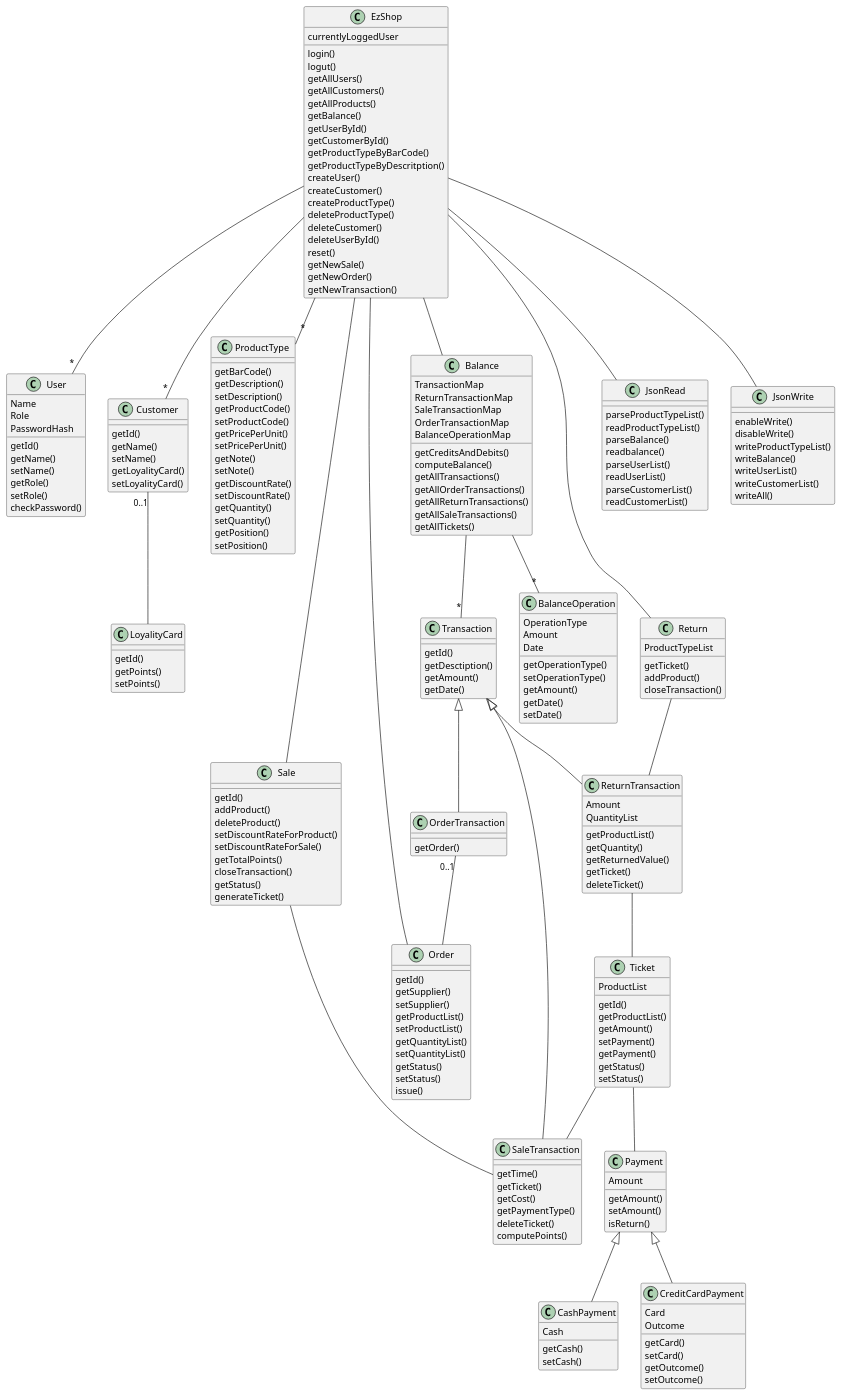
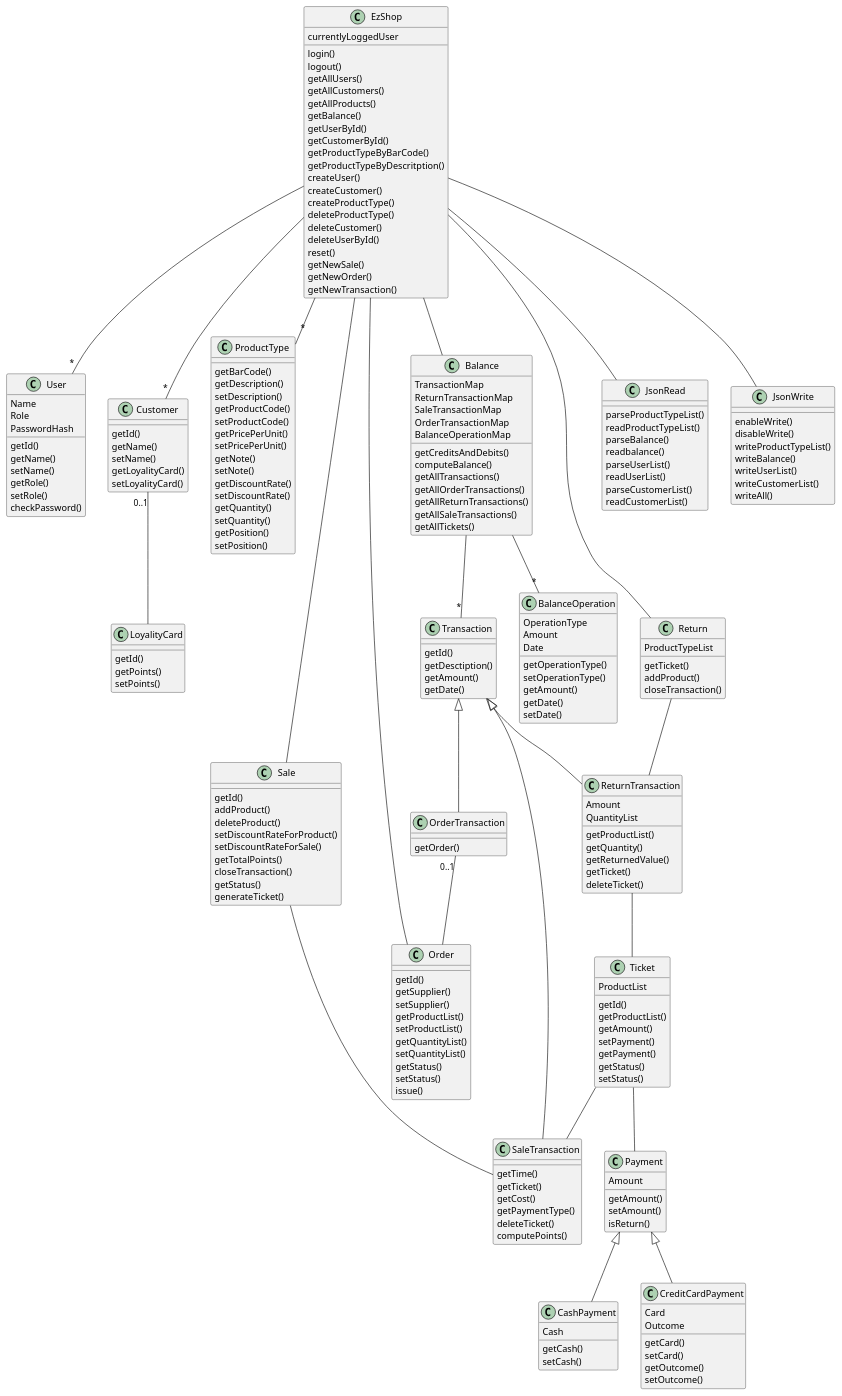
One commit to paolotron/EzshoProject31 changed the second of 2 diagrams in Deliverables/DesignDocument.md. Above: the diagram before and after it, drawn with PlantUML.

```diff
--- a/Deliverables/DesignDocument.md
+++ b/Deliverables/DesignDocument.md
@@ -59,7 +59,7 @@
 
 class EzShop{
     login()
-    logut()
+    logout()
     getAllUsers()
     getAllCustomers()
     getAllProducts()
```
